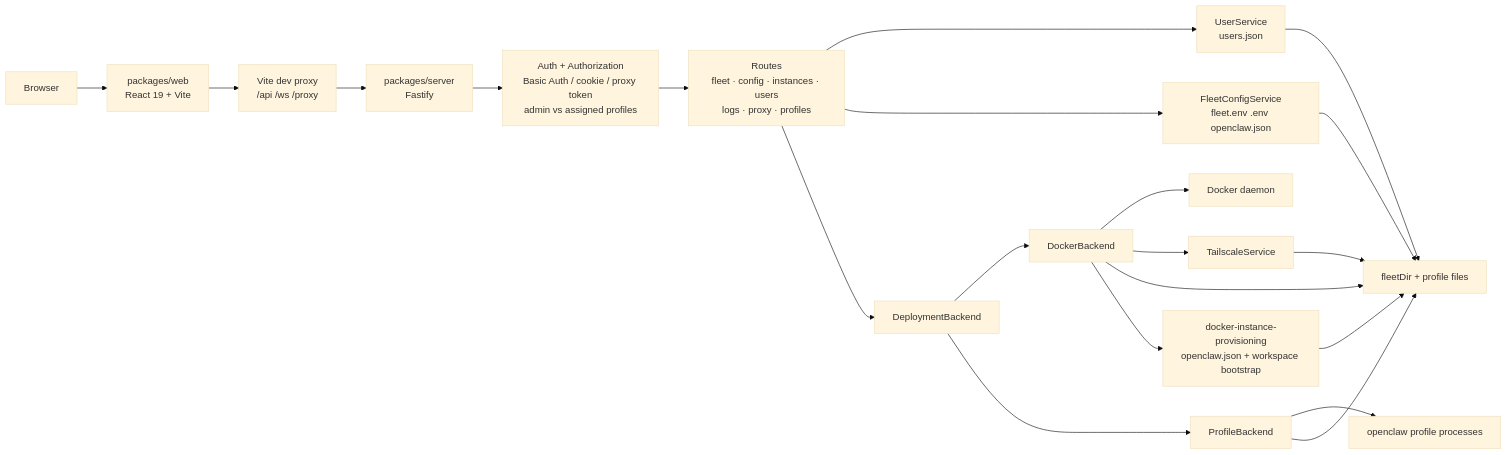
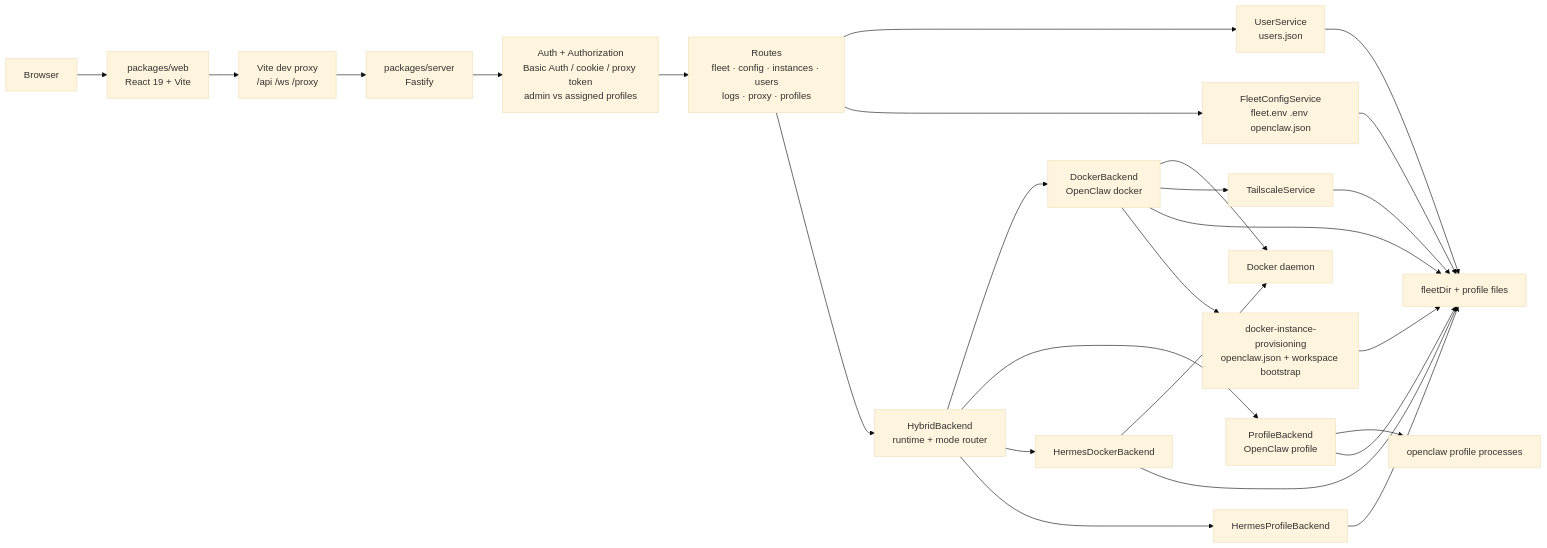
One commit to qiyuangong/claw-fleet-manager changed the diagram in docs/arch/README.md. Above: the diagram before and after it, drawn with Mermaid (base theme). The commit also changed other lines of this file and 5 other files, not shown here.

````diff
--- a/docs/arch/README.md
+++ b/docs/arch/README.md
@@ -21,40 +28,47 @@
 ```mermaid
 flowchart LR
     Browser["Browser"]
     Web["packages/web<br/>React 19 + Vite"]
     Vite["Vite dev proxy<br/>/api /ws /proxy"]
     Server["packages/server<br/>Fastify"]
     Auth["Auth + Authorization<br/>Basic Auth / cookie / proxy token<br/>admin vs assigned profiles"]
     Routes["Routes<br/>fleet · config · instances · users<br/>logs · proxy · profiles"]
-    Backend["DeploymentBackend"]
-    DockerBackend["DockerBackend"]
-    ProfileBackend["ProfileBackend"]
+    Backend["HybridBackend<br/>runtime + mode router"]
+    OCDocker["DockerBackend<br/>OpenClaw docker"]
+    OCProfile["ProfileBackend<br/>OpenClaw profile"]
+    HermesDocker["HermesDockerBackend"]
+    HermesProfile["HermesProfileBackend"]
     UserSvc["UserService<br/>users.json"]
     FleetCfg["FleetConfigService<br/>fleet.env .env openclaw.json"]
     Provision["docker-instance-provisioning<br/>openclaw.json + workspace bootstrap"]
     Tail["TailscaleService"]
     Docker["Docker daemon"]
     OpenClaw["openclaw profile processes"]
     Files["fleetDir + profile files"]
 
     Browser --> Web
     Web --> Vite
     Vite --> Server
     Server --> Auth
     Auth --> Routes
     Routes --> UserSvc
     Routes --> FleetCfg
     Routes --> Backend
-    Backend --> DockerBackend
-    Backend --> ProfileBackend
-    DockerBackend --> Docker
-    DockerBackend --> Tail
-    DockerBackend --> Files
-    DockerBackend --> Provision
+    Backend --> OCDocker
+    Backend --> OCProfile
+    Backend --> HermesDocker
+    Backend --> HermesProfile
+    OCDocker --> Docker
+    OCDocker --> Tail
+    OCDocker --> Files
+    OCDocker --> Provision
     Provision --> Files
-    ProfileBackend --> OpenClaw
-    ProfileBackend --> Files
+    OCProfile --> OpenClaw
+    OCProfile --> Files
+    HermesDocker --> Docker
+    HermesDocker --> Files
+    HermesProfile --> Files
     UserSvc --> Files
     FleetCfg --> Files
     Tail --> Files
 ```
````
